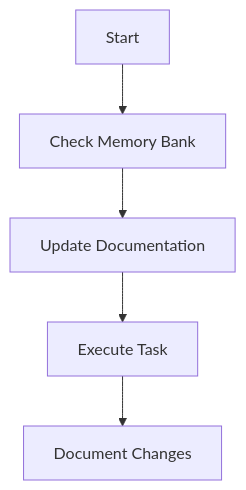
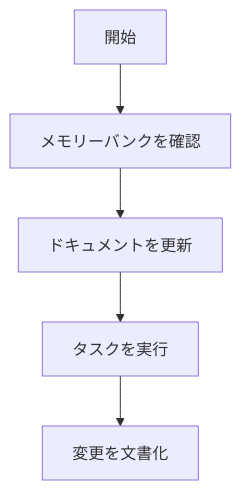
The second of 3 diagrams in docs-ja/prompting/caret-memory-bank.mdx (aicoding-caret/docs.caret.team), drawn with Mermaid before and after one commit. The commit also changed other lines of this file and 43 other files, not shown here.

````diff
--- a/docs-ja/prompting/caret-memory-bank.mdx
+++ b/docs-ja/prompting/caret-memory-bank.mdx
@@ -109,7 +109,7 @@
 ```mermaid
 flowchart TD
-    Start[Start] --> Context[Check Memory Bank]
-    Context --> Update[Update Documentation]
-    Update --> Execute[Execute Task]
-    Execute --> Document[Document Changes]
+    Start[開始] --> Context[メモリーバンクを確認]
+    Context --> Update[ドキュメントを更新]
+    Update --> Execute[タスクを実行]
+    Execute --> Document[変更を文書化]
 ```
````
